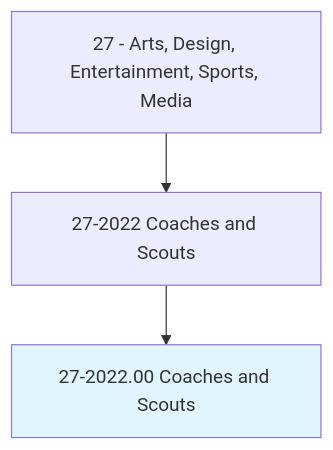
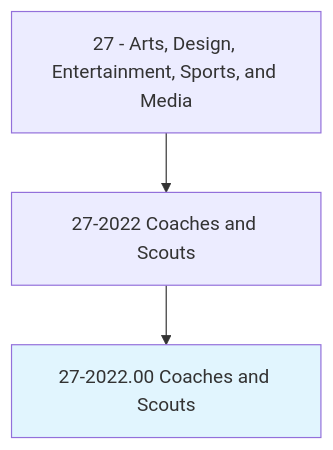
Before and after one commit to kziemski/business.org.ai: the first of 4 diagrams in occupations/ArtsMedia/CoachesAndScouts.mdx, drawn with Mermaid. The commit also changed other lines of this file and 938 other files, not shown here.

````diff
--- a/occupations/ArtsMedia/CoachesAndScouts.mdx
+++ b/occupations/ArtsMedia/CoachesAndScouts.mdx
@@ -19,6 +23,6 @@
 ```mermaid
 graph TD
-    Cat27["27 - Arts, Design, Entertainment, Sports, Media"] --> Group272022["27-2022 Coaches and Scouts"]
+    Cat27["27 - Arts, Design, Entertainment, Sports, and Media"] --> Group272022["27-2022 Coaches and Scouts"]
     Group272022 --> Current["27-2022.00 Coaches and Scouts"]
     style Current fill:#e1f5fe
 ```
````
